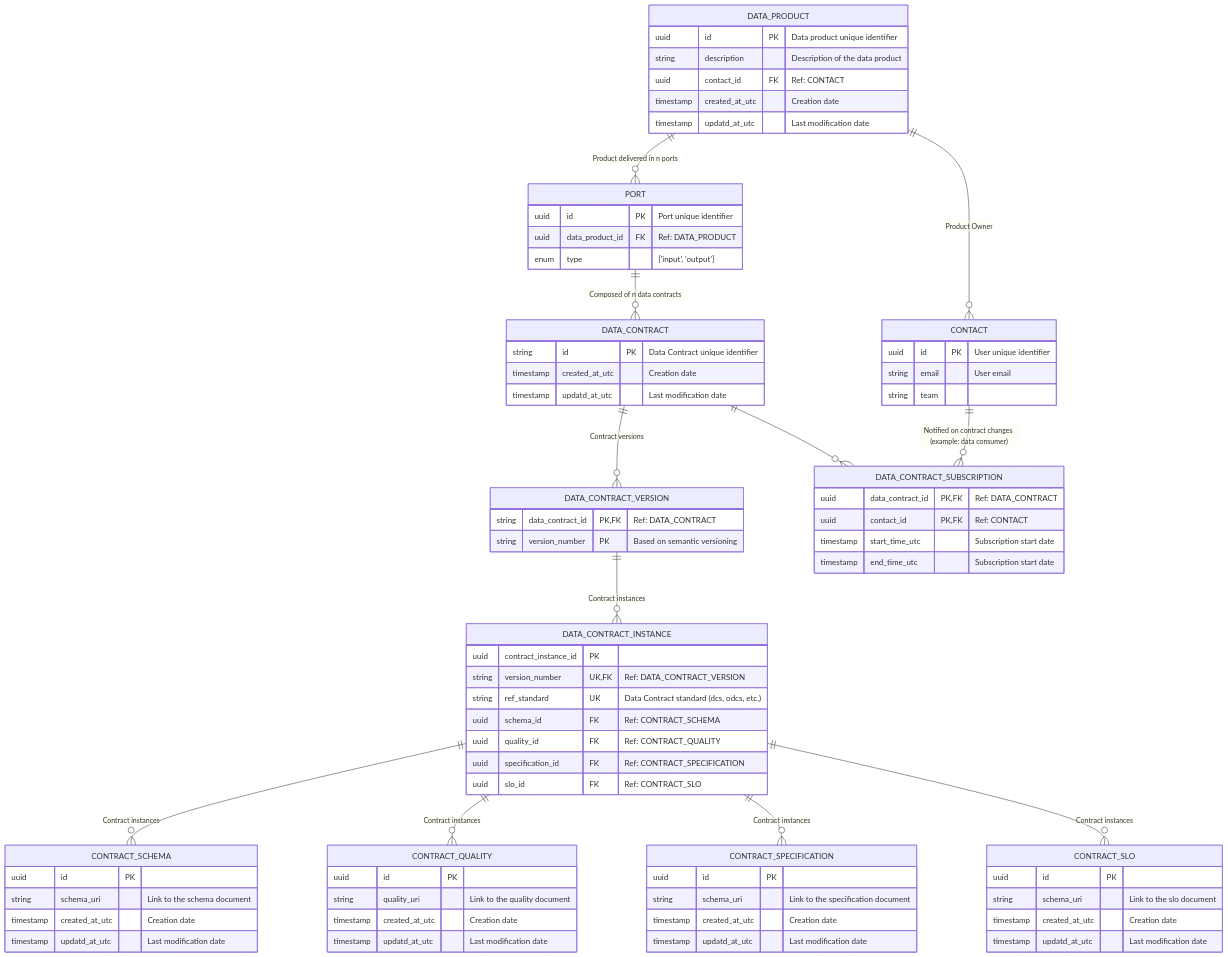
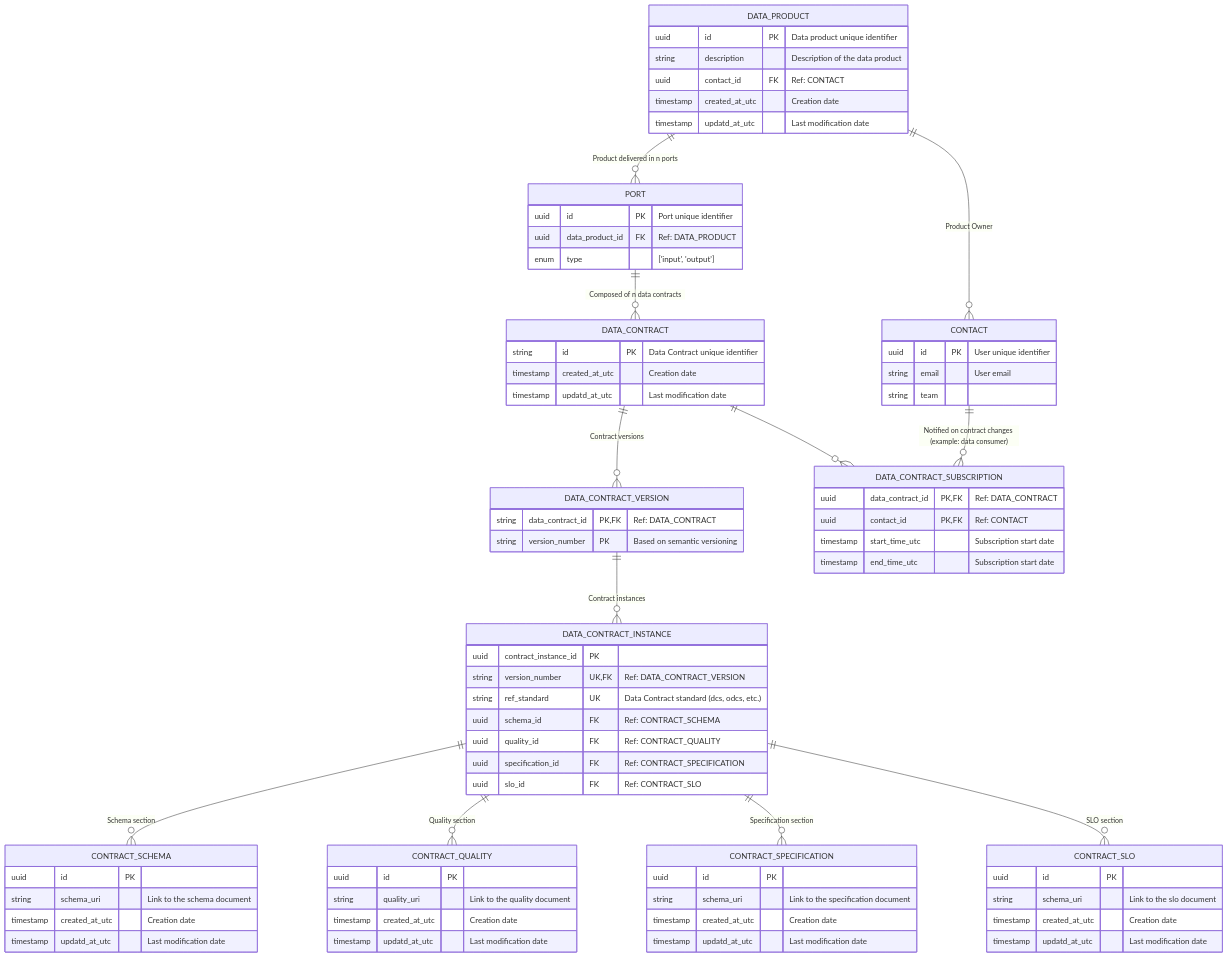
Before and after one commit to monmaya/base-impl: the diagram in docs/relational_model.md, drawn with Mermaid.

````diff
--- a/docs/relational_model.md
+++ b/docs/relational_model.md
@@ -88,11 +88,9 @@
     DATA_CONTRACT_VERSION ||--o{ DATA_CONTRACT_INSTANCE : "Contract instances"
     DATA_CONTRACT ||--o{ DATA_CONTRACT_SUBSCRIPTION : ""
     CONTACT ||--o{ DATA_CONTRACT_SUBSCRIPTION : "Notified on contract changes (example: data consumer)"
-
-    DATA_CONTRACT_INSTANCE ||--o{ CONTRACT_SCHEMA : "Contract instances"
-    DATA_CONTRACT_INSTANCE ||--o{ CONTRACT_QUALITY : "Contract instances"
-    DATA_CONTRACT_INSTANCE ||--o{ CONTRACT_SPECIFICATION : "Contract instances"
-    DATA_CONTRACT_INSTANCE ||--o{ CONTRACT_SLO : "Contract instances"
-
+    DATA_CONTRACT_INSTANCE ||--o{ CONTRACT_SCHEMA : "Schema section"
+    DATA_CONTRACT_INSTANCE ||--o{ CONTRACT_QUALITY : "Quality section"
+    DATA_CONTRACT_INSTANCE ||--o{ CONTRACT_SPECIFICATION : "Specification section"
+    DATA_CONTRACT_INSTANCE ||--o{ CONTRACT_SLO : "SLO section"
 
   ```
````
